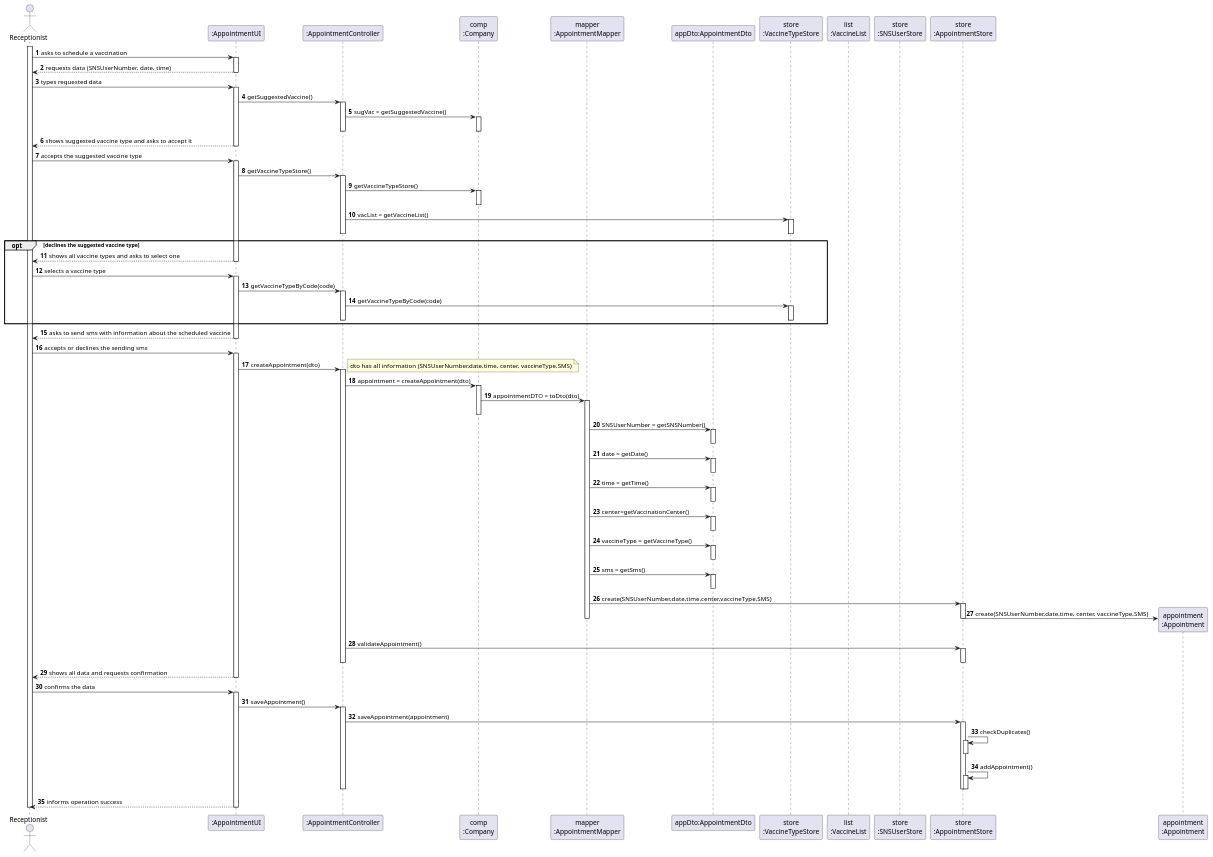
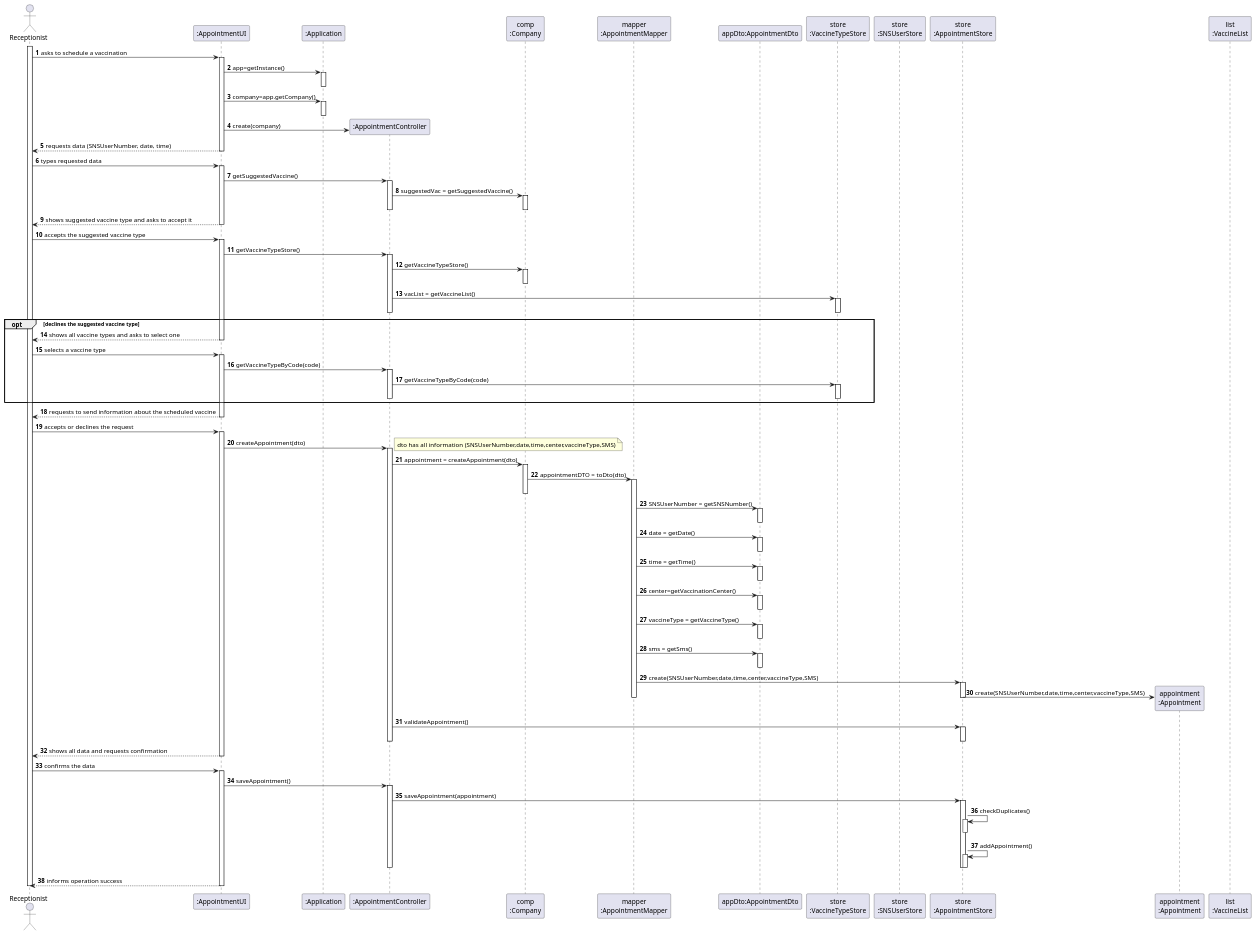
One commit to miseEnPlace-i/lapr2 changed the diagram in docs/SprintC/US02/SD/US02_SD.puml. Above: the diagram before and after it, drawn with PlantUML. The commit also changed 3 other files, not shown here.

```diff
--- a/docs/SprintC/US02/SD/US02_SD.puml
+++ b/docs/SprintC/US02/SD/US02_SD.puml
@@ -1,152 +1,163 @@
 @startuml US02_SD
 autonumber
 'hide footbox
 actor "Receptionist" as RECEPT
 
 participant ":AppointmentUI" as UI
+participant ":Application" as APP
 participant ":AppointmentController" as CTRL
 participant "comp\n:Company" as COMP
 participant "mapper\n:AppointmentMapper" as MAPPER
 participant "appDto:AppointmentDto" as DTO
 participant "store\n:VaccineTypeStore" as VACSTORE
-participant "list\n:VaccineList"
 participant "store\n:SNSUserStore" as SNSSTORE
 participant "store\n:AppointmentStore" as APPSTORE
 participant "appointment\n:Appointment" as APPOINT
+participant "list\n:VaccineList"
 
 activate RECEPT
 RECEPT -> UI : asks to schedule a vaccination
 activate UI
+
+UI -> APP : app=getInstance()
+activate APP
+deactivate APP
+
+UI -> APP : company=app.getCompany()
+activate APP
+deactivate APP
+
+UI -> CTRL** : create(company)
 
 UI --> RECEPT : requests data (SNSUserNumber, date, time)
 deactivate UI
 
 RECEPT -> UI : types requested data
 activate UI
 
 UI -> CTRL : getSuggestedVaccine()
 activate CTRL
 
-CTRL -> COMP : sugVac = getSuggestedVaccine()
+CTRL -> COMP : suggestedVac = getSuggestedVaccine()
 activate COMP
 deactivate CTRL
 deactivate COMP
 
 UI --> RECEPT : shows suggested vaccine type and asks to accept it
 deactivate UI
 
 RECEPT -> UI : accepts the suggested vaccine type
 activate UI
 
 UI -> CTRL : getVaccineTypeStore()
 activate CTRL
 
 CTRL -> COMP : getVaccineTypeStore()
 activate COMP
 deactivate COMP
 
 CTRL -> VACSTORE : vacList = getVaccineList()
 activate VACSTORE
 deactivate VACSTORE
 deactivate CTRL
 
 
 opt declines the suggested vaccine type
 UI --> RECEPT : shows all vaccine types and asks to select one
 deactivate UI
 
 RECEPT -> UI : selects a vaccine type
 activate UI
 
 UI -> CTRL : getVaccineTypeByCode(code)
 activate CTRL
 
 CTRL -> VACSTORE : getVaccineTypeByCode(code)
 activate VACSTORE
 deactivate VACSTORE
 deactivate CTRL
 end
 
-UI --> RECEPT : asks to send sms with information about the scheduled vaccine
+UI --> RECEPT : requests to send information about the scheduled vaccine
 deactivate UI
-RECEPT -> UI : accepts or declines the sending sms
+RECEPT -> UI : accepts or declines the request
 activate UI
 
 UI -> CTRL : createAppointment(dto)
 activate CTRL
 
 note right 
-dto has all information (SNSUserNumber,date,time, center, vaccineType,SMS)
+dto has all information (SNSUserNumber,date,time,center,vaccineType,SMS)
 end note
 CTRL -> COMP : appointment = createAppointment(dto)
 activate COMP
 
 COMP -> MAPPER : appointmentDTO = toDto(dto)
 activate MAPPER
 deactivate COMP
 
 MAPPER -> DTO : SNSUserNumber = getSNSNumber()
 activate DTO
 deactivate DTO
 
 MAPPER -> DTO : date = getDate()
 activate DTO
 deactivate DTO
 
 MAPPER -> DTO : time = getTime()
 activate DTO
 deactivate DTO
 
 MAPPER -> DTO : center=getVaccinationCenter()
 activate DTO
 deactivate DTO
 
 MAPPER -> DTO : vaccineType = getVaccineType()
 activate DTO
 deactivate DTO
 
 MAPPER -> DTO : sms = getSms() 
 activate DTO
 deactivate DTO
 
 
 MAPPER -> APPSTORE : create(SNSUserNumber,date,time,center,vaccineType,SMS)
 activate APPSTORE
 
-APPSTORE -> APPOINT** : create(SNSUserNumber,date,time, center, vaccineType,SMS)
+APPSTORE -> APPOINT** : create(SNSUserNumber,date,time,center,vaccineType,SMS)
 deactivate MAPPER
 deactivate APPSTORE
 
 CTRL -> APPSTORE : validateAppointment()
 activate APPSTORE
 deactivate CTRL
 deactivate APPSTORE
 
 
 UI --> RECEPT : shows all data and requests confirmation
 deactivate UI
 RECEPT -> UI : confirms the data
 activate UI
 
 UI -> CTRL : saveAppointment()
 activate CTRL
 
 CTRL -> APPSTORE : saveAppointment(appointment)
 activate APPSTORE
 
 APPSTORE -> APPSTORE : checkDuplicates()
 activate APPSTORE
 deactivate APPSTORE
 
 APPSTORE -> APPSTORE : addAppointment()
 activate APPSTORE
 deactivate APPSTORE
 deactivate APPSTORE
 deactivate CTRL
 
 UI --> RECEPT : informs operation success
 deactivate UI
 
 deactivate RECEPT
 
 @enduml
```
